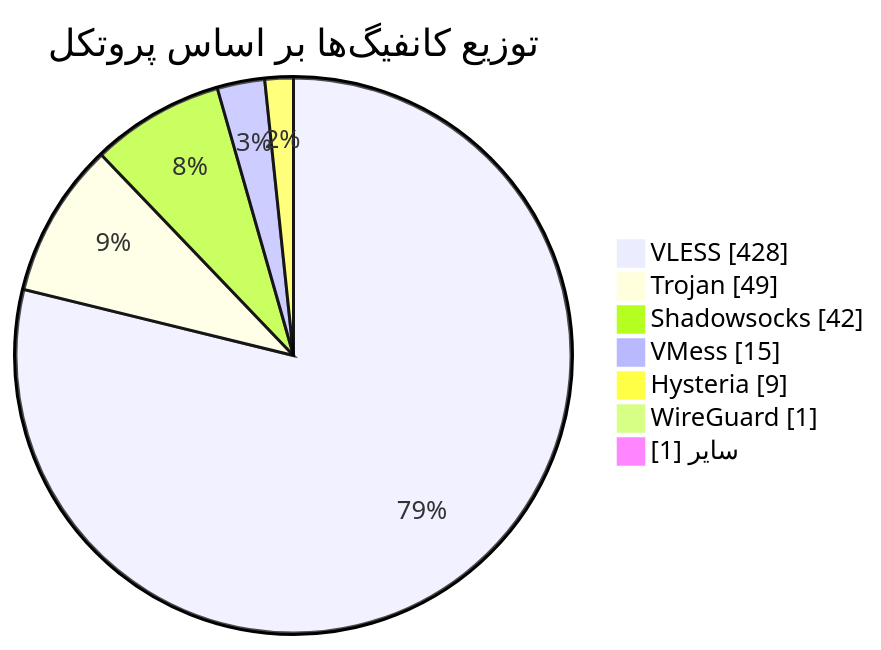
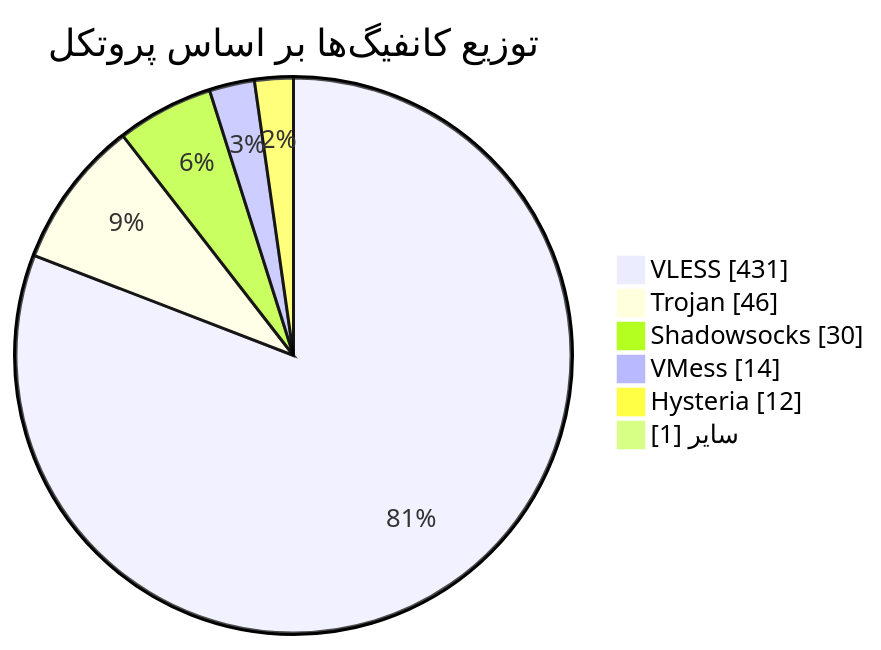
The diagram in README.md (Arian-Alijani/Somthing), drawn with Mermaid before and after one commit. The commit also changed other lines of this file and 89 other files, not shown here.

````diff
--- a/README.md
+++ b/README.md
@@ -49,11 +48,10 @@
 ```mermaid
 pie showData
     title توزیع کانفیگ‌ها بر اساس پروتکل
-    "VLESS" : 428
-    "Trojan" : 49
-    "Shadowsocks" : 42
-    "VMess" : 15
-    "Hysteria" : 9
-    "WireGuard" : 1
+    "VLESS" : 431
+    "Trojan" : 46
+    "Shadowsocks" : 30
+    "VMess" : 14
+    "Hysteria" : 12
     "سایر" : 1
 ```
````
